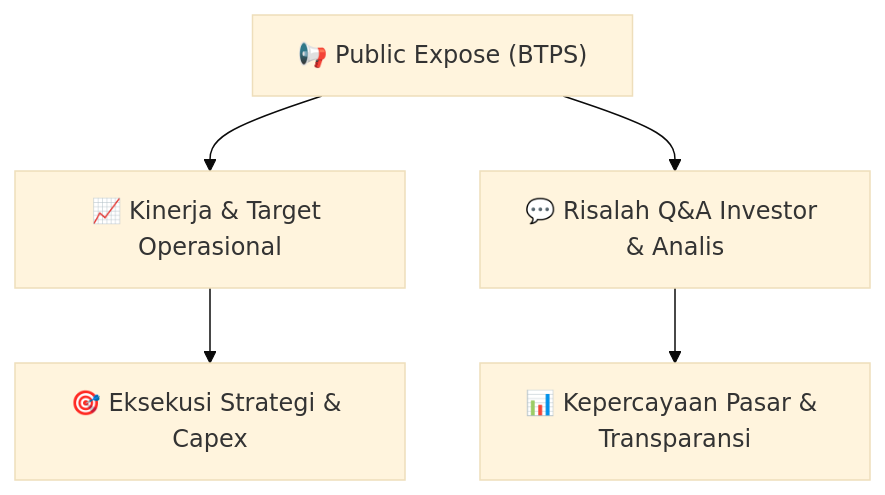
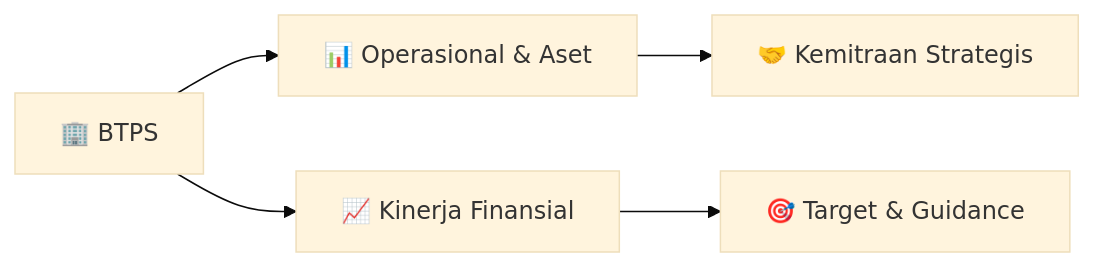
One commit to anYoneo/alphadigest-idx changed the diagram in Finplan_analyst/knowledge-base/public-exposes/informasi-pubex/BTPS_Public_Expose_20260902.md. Above: the diagram before and after it, drawn with Mermaid (base theme). The commit also changed other lines of this file and 526 other files, not shown here.

````diff
--- a/Finplan_analyst/knowledge-base/public-exposes/informasi-pubex/BTPS_Public_Expose_20260902.md
+++ b/Finplan_analyst/knowledge-base/public-exposes/informasi-pubex/BTPS_Public_Expose_20260902.md
@@ -33,7 +46,7 @@
 ```mermaid
-flowchart TD
-    A["📢 Public Expose (BTPS)"] --> B["📈 Kinerja & Target Operasional"]
-    A --> C["💬 Risalah Q&A Investor & Analis"]
-    B --> D["🎯 Eksekusi Strategi & Capex"]
-    C --> E["📊 Kepercayaan Pasar & Transparansi"]
+flowchart LR
+    A["🏢 BTPS"] --> B["📊 Operasional & Aset"]
+    A --> C["📈 Kinerja Finansial"]
+    B --> D["🤝 Kemitraan Strategis"]
+    C --> E["🎯 Target & Guidance"]
 ```
````
